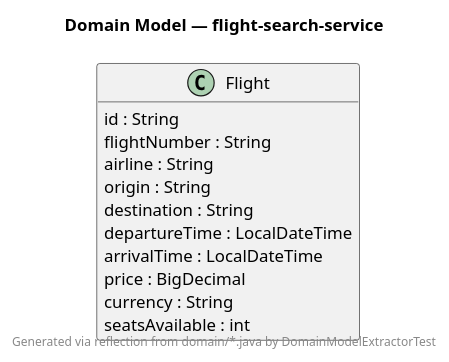
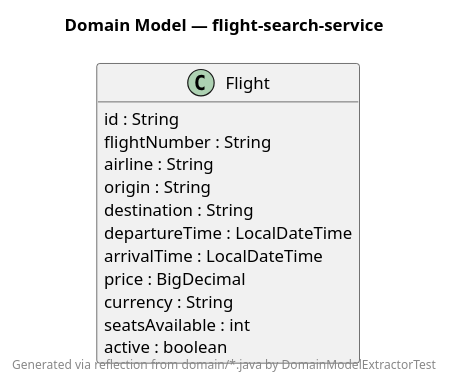
Before and after one commit to vvyavahare/book-my-flight: the diagram in backend/flight-search-service/docs/generated/DomainModel.puml, drawn with PlantUML. The commit also changed 48 other files, not shown here.

```diff
--- a/backend/flight-search-service/docs/generated/DomainModel.puml
+++ b/backend/flight-search-service/docs/generated/DomainModel.puml
@@ -1,24 +1,25 @@
 @startuml
 !pragma layout smetana
 
 title Domain Model — flight-search-service
 footer Generated via reflection from domain/*.java by DomainModelExtractorTest
 
 hide empty members
 skinparam classAttributeIconSize 0
 
 class Flight {
   id : String
   flightNumber : String
   airline : String
   origin : String
   destination : String
   departureTime : LocalDateTime
   arrivalTime : LocalDateTime
   price : BigDecimal
   currency : String
   seatsAvailable : int
+  active : boolean
 }
 
 
 @enduml
```
